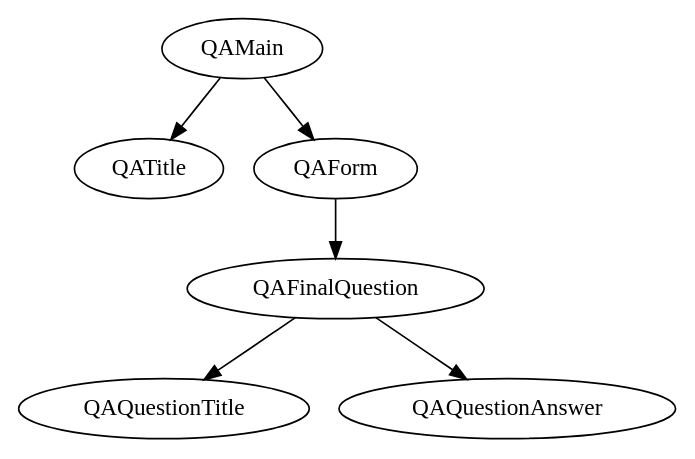
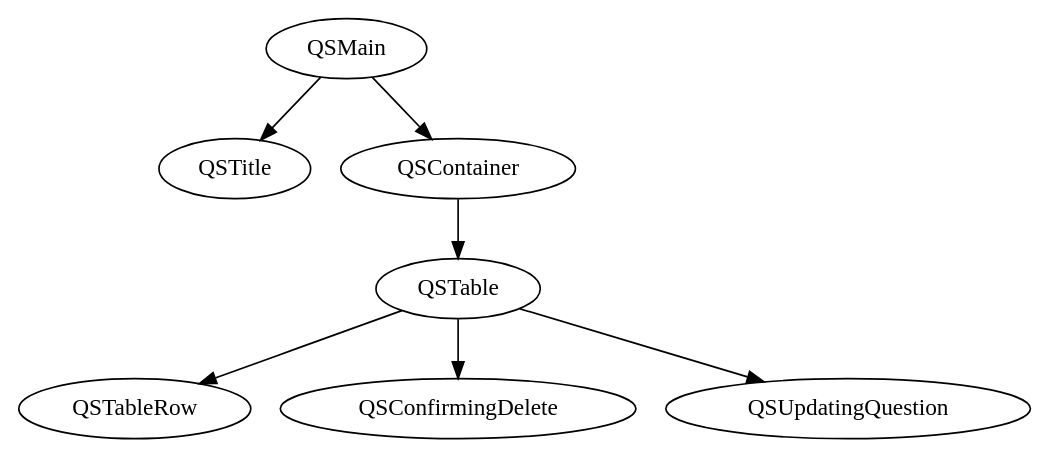
One commit to itshugota/hmca changed the diagram in client/src/resources/components/QuestionArea/QuestionSearching/QSHierarchy.dot. Above: the diagram before and after it, drawn with Graphviz. The commit also changed 2 other files, not shown here.

```diff
--- a/client/src/resources/components/QuestionArea/QuestionSearching/QSHierarchy.dot
+++ b/client/src/resources/components/QuestionArea/QuestionSearching/QSHierarchy.dot
@@ -1,6 +1,8 @@
 digraph QSHierachy {
-    QAMain -> QATitle;
-    QAMain -> QAForm -> QAFinalQuestion;
-    QAFinalQuestion -> QAQuestionTitle;
-    QAFinalQuestion -> QAQuestionAnswer;
+    QSMain -> QSTitle;
+    QSMain -> QSContainer;
+    QSContainer -> QSTable;
+    QSTable -> QSTableRow;
+    QSTable -> QSConfirmingDelete;
+    QSTable -> QSUpdatingQuestion;
 }
```
